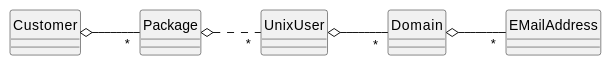
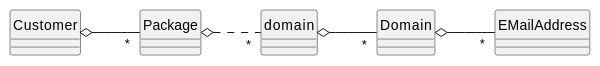
Before and after one commit to mhoennig/hs.hsadmin.ng: the third of 5 diagrams in doc/rbac.md, drawn with PlantUML. The commit also changed other lines of this file and 14 other files, not shown here.

````diff
--- a/doc/rbac.md
+++ b/doc/rbac.md
@@ -374,27 +374,27 @@
 ```plantuml
 @startuml
 left to right direction
 ' top to bottom direction
 
 ' hide the ugly E in a circle left to the entity name
 hide circle
 
 ' use right-angled line routing
 ' skinparam linetype ortho
 
 entity EMailAddress
 
 entity Domain
 Domain o-- "*" EMailAddress
 
-entity UnixUser
-UnixUser o-- "*" Domain
+entity domain
+domain o-- "*" Domain
 
 entity Package
-Package o.. "*" UnixUser
+Package o.. "*" domain
 
 entity Customer
 Customer o-- "*" Package
 
 @enduml
 ```
````
